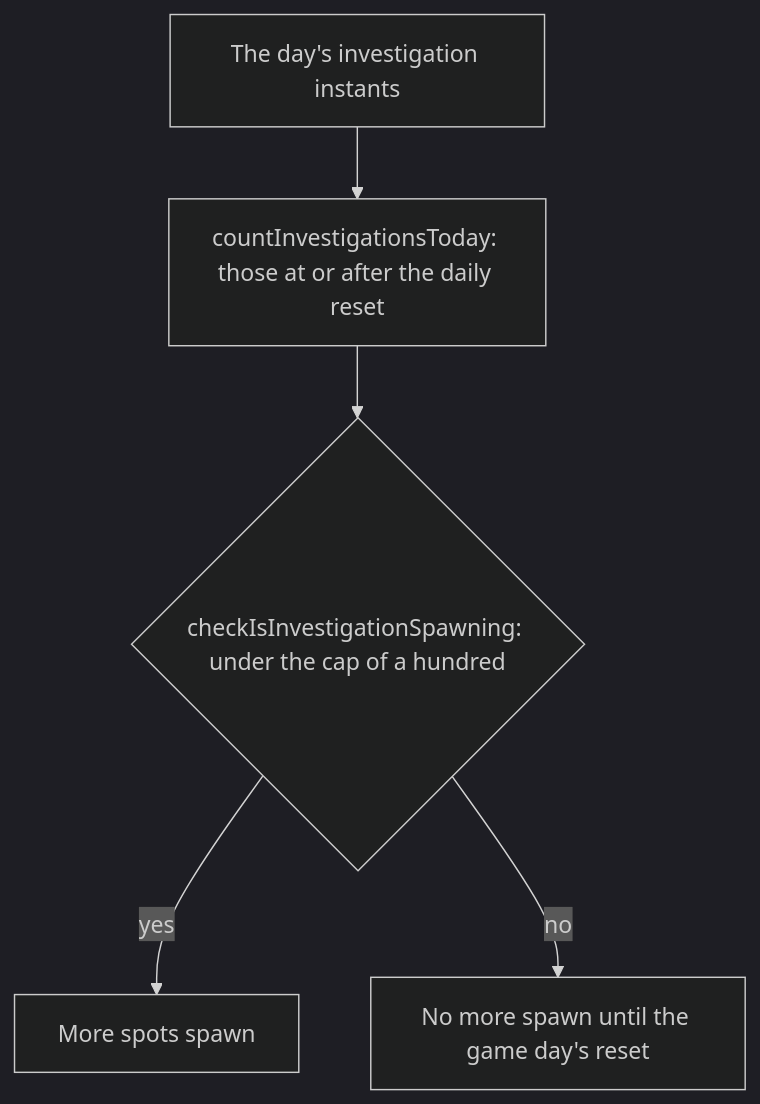
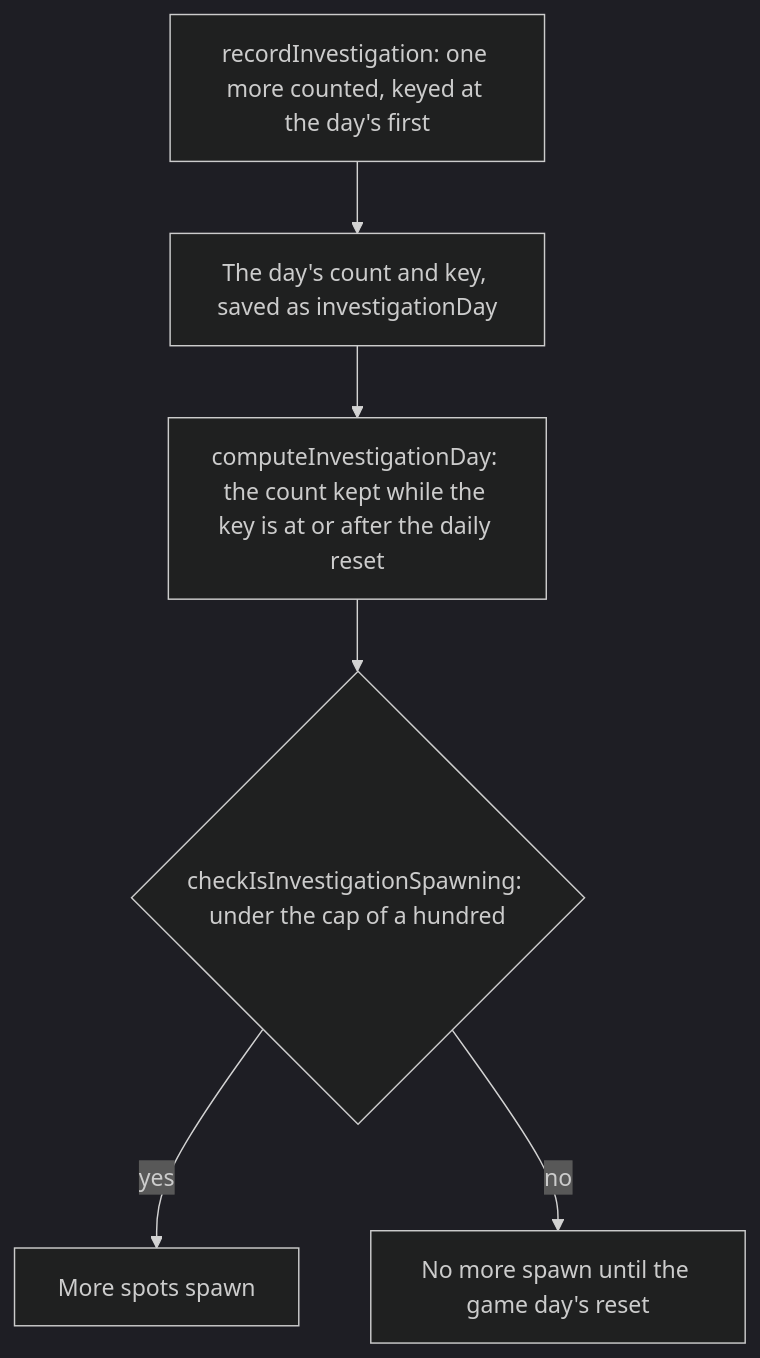
One commit to Esposter/Esposter changed the diagram in openspec/specs/genshin/investigation/design.md. Above: the diagram before and after it, drawn with Mermaid (dark theme). The commit also changed other lines of this file and 20 other files, not shown here.

First line of the commit message:
feat(genshin-world): the game day's investigations are a count and a key, and the hundredth stops new spawns

````diff
--- a/openspec/specs/genshin/investigation/design.md
+++ b/openspec/specs/genshin/investigation/design.md
@@ -7,7 +7,8 @@
 ```mermaid
 flowchart TD
-  I["The day's investigation instants"] --> C["countInvestigationsToday: those at or after the daily reset"]
+  R["recordInvestigation: one more counted, keyed at the day's first"] --> I["The day's count and key, saved as investigationDay"]
+  I --> C["computeInvestigationDay: the count kept while the key is at or after the daily reset"]
   C --> K{"checkIsInvestigationSpawning: under the cap of a hundred"}
   K -->|"yes"| S["More spots spawn"]
   K -->|"no"| N["No more spawn until the game day's reset"]
 ```
````
